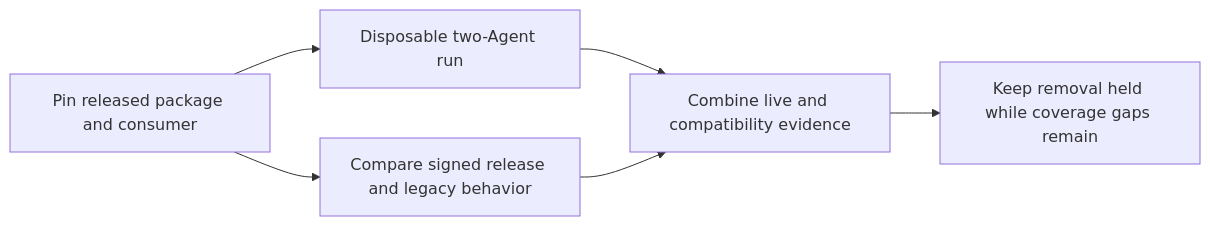
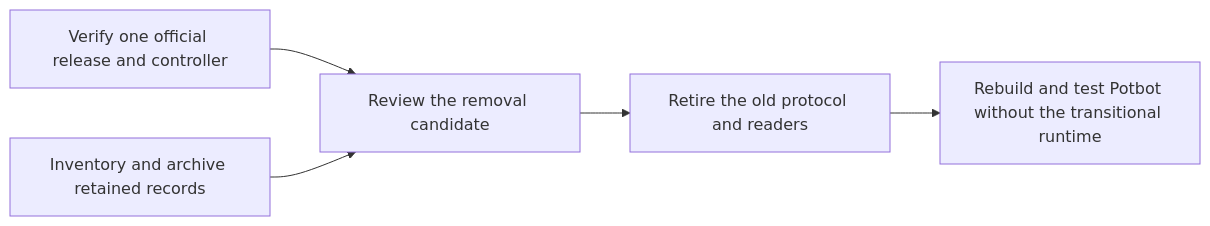
The diagram in docs/implementation/syn-r07-release-parity.md (kieransimkin/potbot), drawn with Mermaid before and after one commit. The commit also changed other lines of this file and 4 other files, not shown here.

Commit message:
Keep transitional Syn source out of Potbot distributions

````diff
--- a/docs/implementation/syn-r07-release-parity.md
+++ b/docs/implementation/syn-r07-release-parity.md
@@ -35,8 +56,7 @@
 ```mermaid
 flowchart LR
-    A[Pin released package and consumer] --> B[Disposable two-Agent run]
-    A --> C[Compare signed release and legacy behavior]
-    B --> D[Combine live and compatibility evidence]
-    C --> D
-    D --> E[Keep removal held while coverage gaps remain]
+    A[Verify one official release and controller] --> C[Review the removal candidate]
+    B[Inventory and archive retained records] --> C
+    C --> D[Retire the old protocol and readers]
+    D --> E[Rebuild and test Potbot without the transitional runtime]
 ```
````
